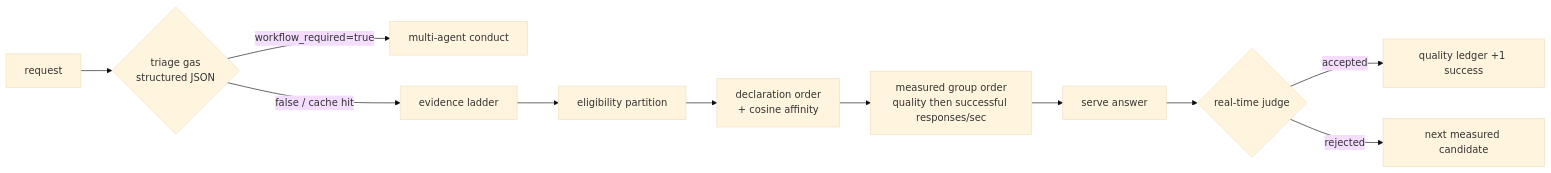
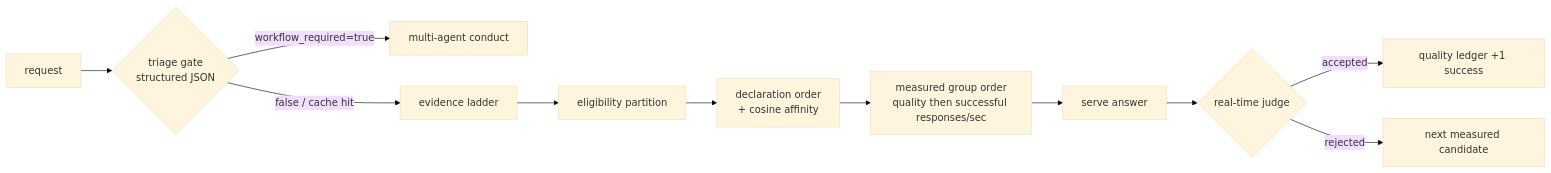
Before and after one commit to ContextualWisdomLab/contextual-orchestrator: the diagram in docs/planning/adrs/0034-anti-heuristic-routing-evidence.md, drawn with Mermaid (base theme). The commit also changed 5 other files, not shown here.

````diff
--- a/docs/planning/adrs/0034-anti-heuristic-routing-evidence.md
+++ b/docs/planning/adrs/0034-anti-heuristic-routing-evidence.md
@@ -86,13 +86,13 @@
 ```mermaid
 flowchart LR
-  Req[request] --> Tri{triage gas<br/>structured JSON}
+  Req[request] --> Tri{triage gate<br/>structured JSON}
   Tri -- workflow_required=true --> Cond[multi-agent conduct]
   Tri -- false / cache hit --> Rank[evidence ladder]
   Rank --> E1[eligibility partition]
   E1 --> E2[declaration order<br/>+ cosine affinity]
   E2 --> E3[measured group order<br/>quality then successful responses/sec]
   E3 --> Serve[serve answer]
   Serve --> Judge{real-time judge}
   Judge -- accepted --> LedgerQ[quality ledger +1 success]
   Judge -- rejected --> Failover[next measured candidate]
 ```
````
